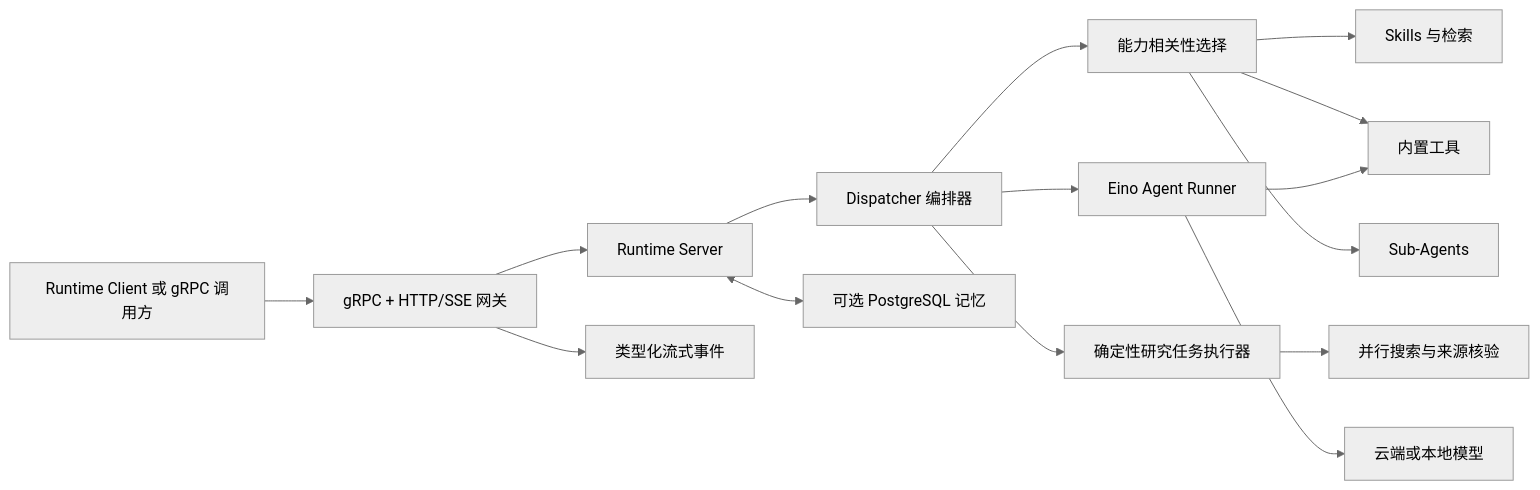
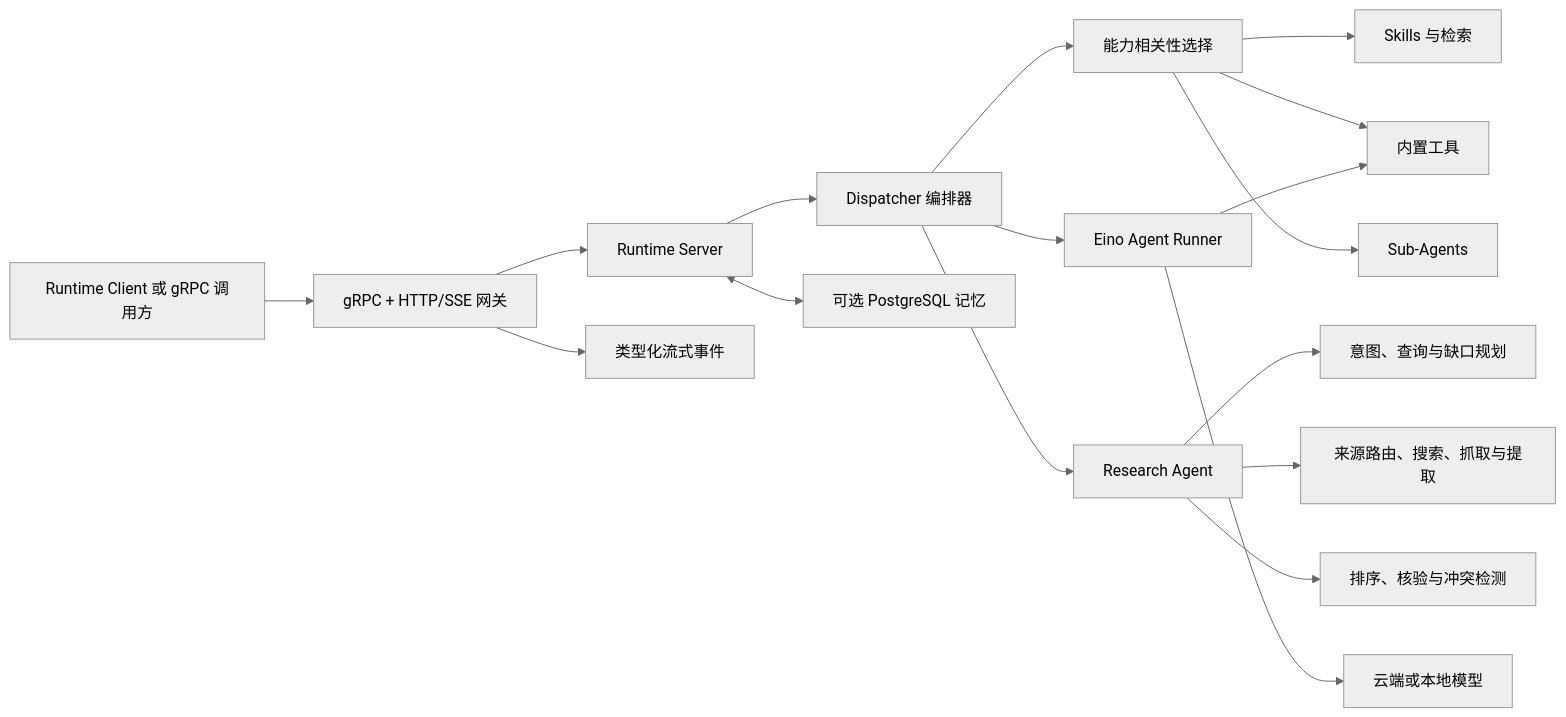
Before and after one commit to good-fish-man/agent-runtime: the diagram in README.zh-CN.md, drawn with Mermaid (neutral theme). The commit also changed other lines of this file and 87 other files, not shown here.

````diff
--- a/README.zh-CN.md
+++ b/README.zh-CN.md
@@ -26,17 +34,19 @@
 ```mermaid
 flowchart LR
     Client["Runtime Client 或 gRPC 调用方"] --> Transport["gRPC + HTTP/SSE 网关"]
     Transport --> Server["Runtime Server"]
     Server --> Dispatcher["Dispatcher 编排器"]
     Dispatcher --> Selector["能力相关性选择"]
-    Dispatcher --> Research["确定性研究任务执行器"]
-    Research --> Web["并行搜索与来源核验"]
+    Dispatcher --> Research["Research Agent"]
+    Research --> Decision["意图、查询与缺口规划"]
+    Research --> Search["来源路由、搜索、抓取与提取"]
+    Research --> Evidence["排序、核验与冲突检测"]
     Selector --> Skills["Skills 与检索"]
     Selector --> Tools["内置工具"]
     Selector --> SubAgents["Sub-Agents"]
     Dispatcher --> Eino["Eino Agent Runner"]
     Eino --> Models["云端或本地模型"]
     Eino --> Tools
     Server <--> Memory["可选 PostgreSQL 记忆"]
     Transport --> Stream["类型化流式事件"]
 ```
````
